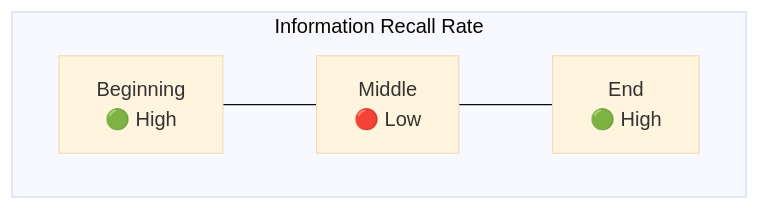
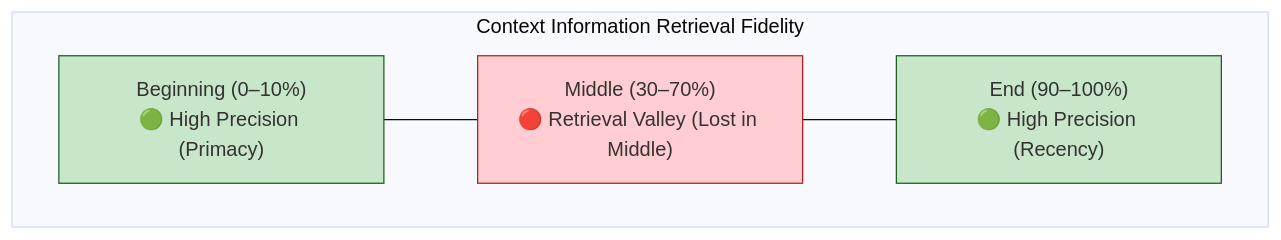
The fourth of 9 diagrams in en/chapters/06-limitations.md (yingwang/thinking-in-llm), drawn with Mermaid (base theme) before and after one commit. The commit also changed other lines of this file and 31 other files, not shown here.

````diff
--- a/en/chapters/06-limitations.md
+++ b/en/chapters/06-limitations.md
@@ -267,7 +233,11 @@
 ```mermaid
 graph LR
-    subgraph recall["Information Recall Rate"]
+    subgraph recall["Context Information Retrieval Fidelity"]
         direction LR
-        P1["Beginning<br>🟢 High"] --- P2["Middle<br>🔴 Low"] --- P3["End<br>🟢 High"]
+        P1["Beginning (0–10%)<br/>🟢 High Precision (Primacy)"] --- P2["Middle (30–70%)<br/>🔴 Retrieval Valley (Lost in Middle)"] --- P3["End (90–100%)<br/>🟢 High Precision (Recency)"]
     end
+
+    style P1 fill:#c8e6c9,stroke:#1b5e20
+    style P2 fill:#ffcdd2,stroke:#b71c1c
+    style P3 fill:#c8e6c9,stroke:#1b5e20
 ```
````
